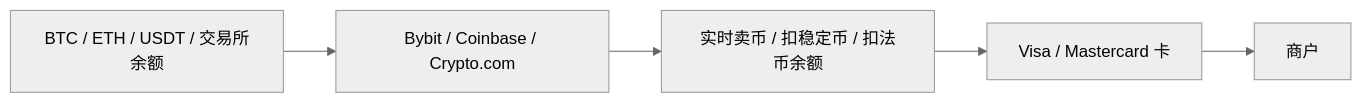
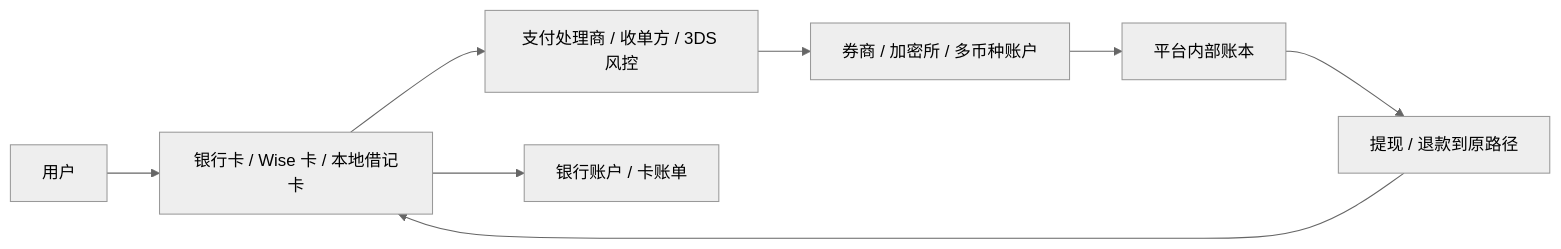
One commit to StrangeXin/trading-platforms-atlas changed the diagram in zh/04-relationships/08-wise-card-payment-card-stack.md. Above: the diagram before and after it, drawn with Mermaid (neutral theme). The commit also changed other lines of this file and 7 other files, not shown here.

````diff
--- a/zh/04-relationships/08-wise-card-payment-card-stack.md
+++ b/zh/04-relationships/08-wise-card-payment-card-stack.md
@@ -212,13 +60,18 @@
 ```mermaid
 flowchart LR
-  CRYPTO[BTC / ETH / USDT / 交易所余额]
-  EX[Bybit / Coinbase / Crypto.com]
-  CONVERT[实时卖币 / 扣稳定币 / 扣法币余额]
-  CARD[Visa / Mastercard 卡]
-  MERCHANT[商户]
+  USER[用户]
+  CARD[银行卡 / Wise 卡 / 本地借记卡]
+  PSP[支付处理商 / 收单方 / 3DS 风控]
+  PLATFORM[券商 / 加密所 / 多币种账户]
+  LEDGER[平台内部账本]
+  BANK[银行账户 / 卡账单]
+  WITHDRAW[提现 / 退款到原路径]
 
-  CRYPTO --> EX
-  EX --> CONVERT
-  CONVERT --> CARD
-  CARD --> MERCHANT
+  USER --> CARD
+  CARD --> PSP
+  PSP --> PLATFORM
+  PLATFORM --> LEDGER
+  LEDGER --> WITHDRAW
+  WITHDRAW --> CARD
+  CARD --> BANK
 ```
````
